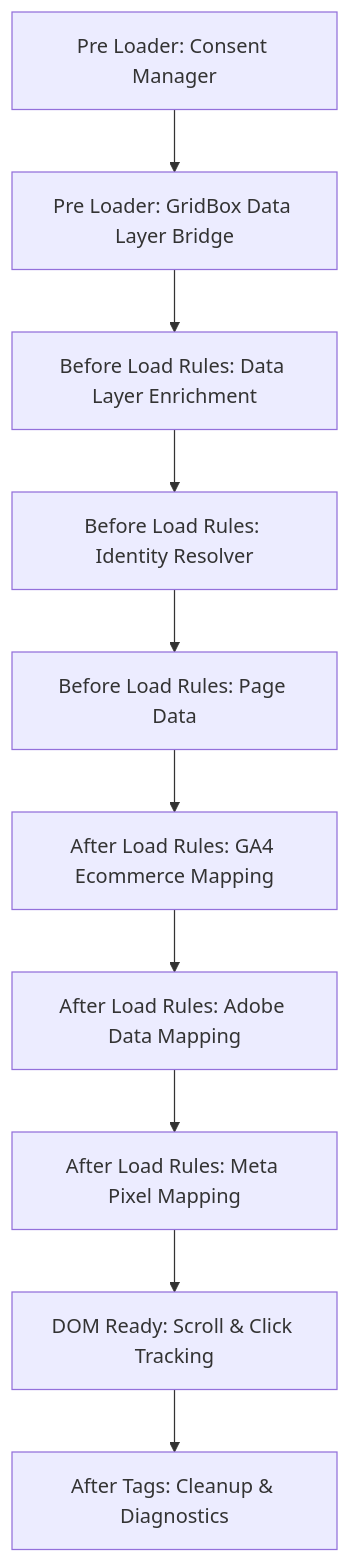
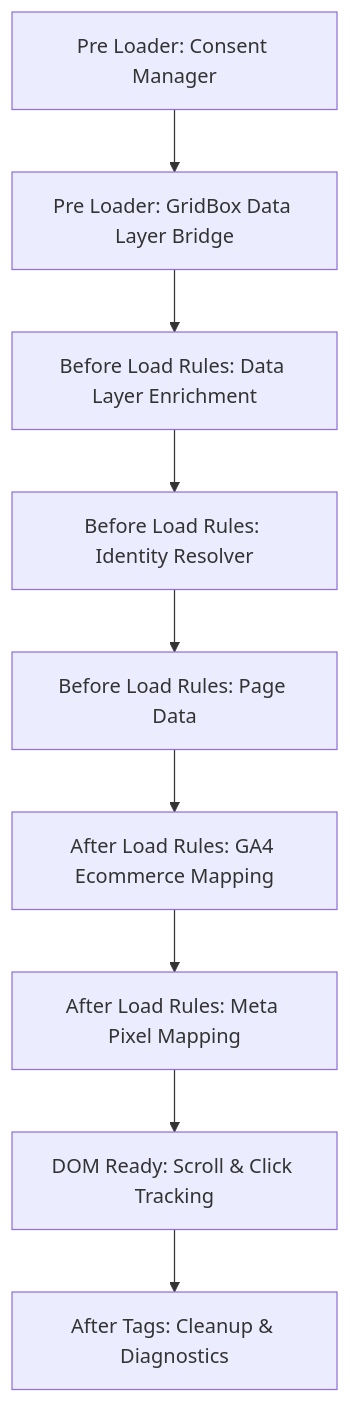
Before and after one commit to Mr-orchestrator/tealium-extensions: the diagram in docs/execution-flow.md, drawn with Mermaid. The commit also changed other lines of this file and 13 other files, not shown here.

First line of the commit message:
Scope Tealium to GA4 + Meta only; Adobe handled by Adobe Data Collection

````diff
--- a/docs/execution-flow.md
+++ b/docs/execution-flow.md
@@ -23,22 +22,20 @@
 ```mermaid
 flowchart TD
   E1["Pre Loader: Consent Manager"]
   E2["Pre Loader: GridBox Data Layer Bridge"]
   E1 --> E2
   E10["Before Load Rules: Data Layer Enrichment"]
   E2 --> E10
   E11["Before Load Rules: Identity Resolver"]
   E10 --> E11
   E12["Before Load Rules: Page Data"]
   E11 --> E12
   E20["After Load Rules: GA4 Ecommerce Mapping"]
   E12 --> E20
-  E21["After Load Rules: Adobe Data Mapping"]
-  E20 --> E21
   E22["After Load Rules: Meta Pixel Mapping"]
-  E21 --> E22
+  E20 --> E22
   E30["DOM Ready: Scroll & Click Tracking"]
   E22 --> E30
   E40["After Tags: Cleanup & Diagnostics"]
   E30 --> E40
 ```
````
